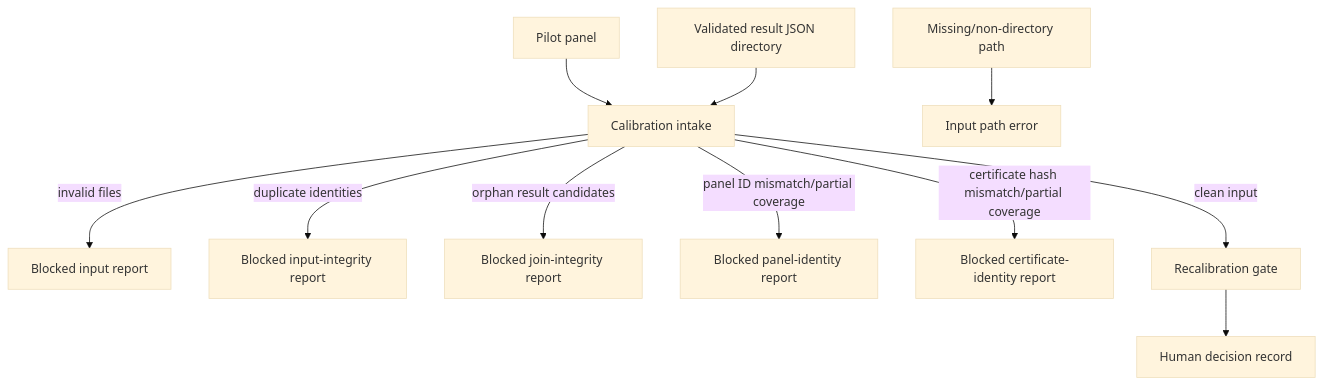
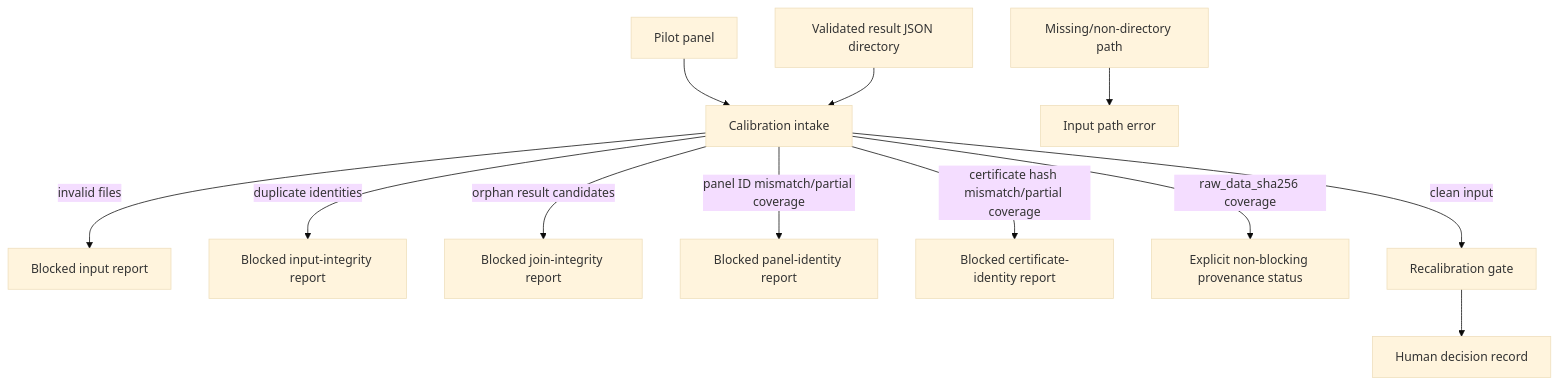
One commit to streamentry/OpenAMP-Foundry changed the first of 2 diagrams in src/openamp_foundry/calibration/AGENTS.md. Above: the diagram before and after it, drawn with Mermaid (base theme). The commit also changed other lines of this file and 14 other files, not shown here.

First line of the commit message:
expose raw assay provenance coverage

````diff
--- a/src/openamp_foundry/calibration/AGENTS.md
+++ b/src/openamp_foundry/calibration/AGENTS.md
@@ -24,13 +28,14 @@
 ```mermaid
 flowchart TD
   Panel["Pilot panel"] --> Intake["Calibration intake"]
   Results["Validated result JSON directory"] --> Intake
   Missing["Missing/non-directory path"] --> PathBlock["Input path error"]
   Intake -->|invalid files| Block["Blocked input report"]
   Intake -->|duplicate identities| IdentityBlock["Blocked input-integrity report"]
   Intake -->|orphan result candidates| OrphanBlock["Blocked join-integrity report"]
   Intake -->|panel ID mismatch/partial coverage| PanelBlock["Blocked panel-identity report"]
   Intake -->|certificate hash mismatch/partial coverage| CertBlock["Blocked certificate-identity report"]
+  Intake -->|raw_data_sha256 coverage| Provenance["Explicit non-blocking provenance status"]
   Intake -->|clean input| Gate["Recalibration gate"]
   Gate --> Human["Human decision record"]
 ```
````
